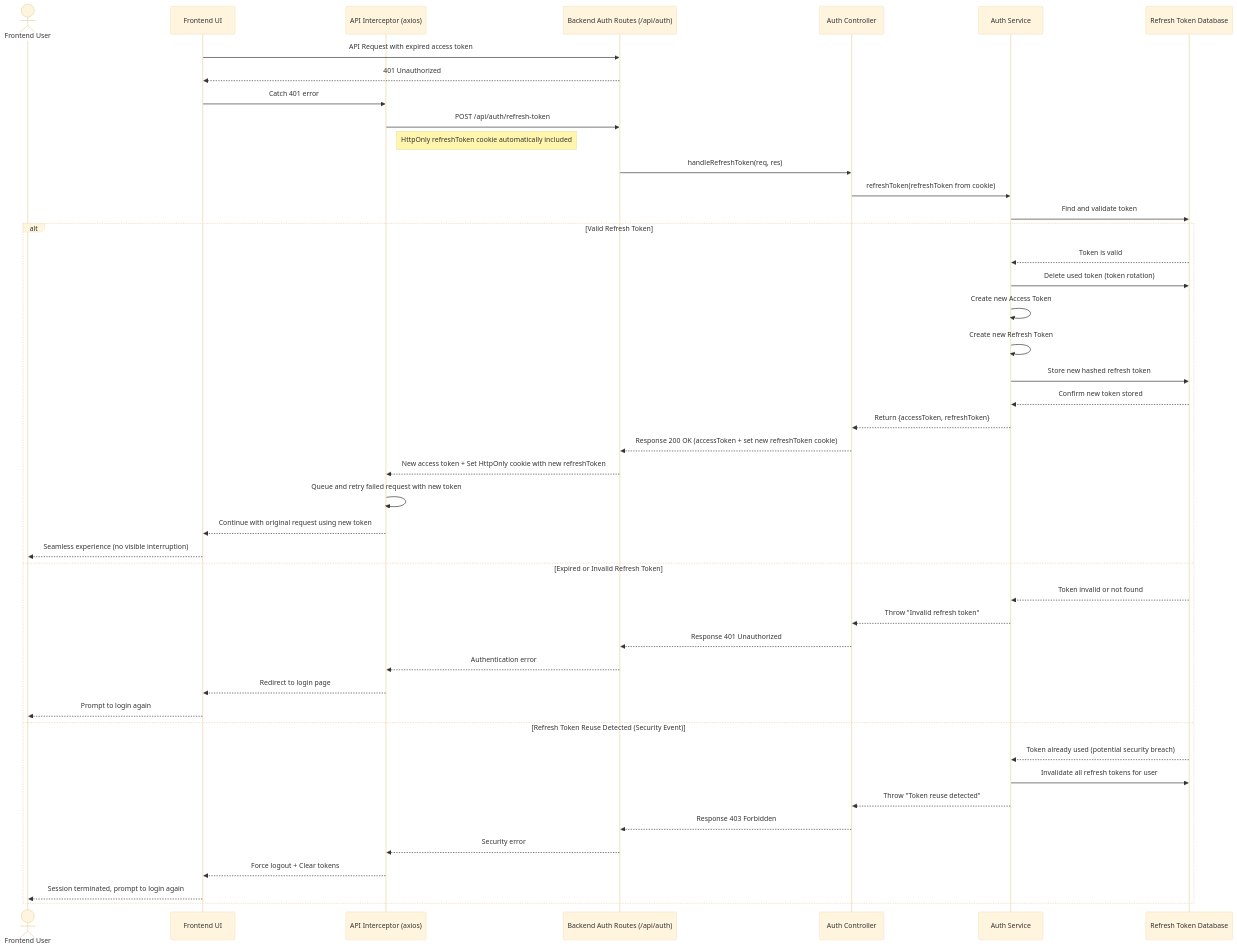
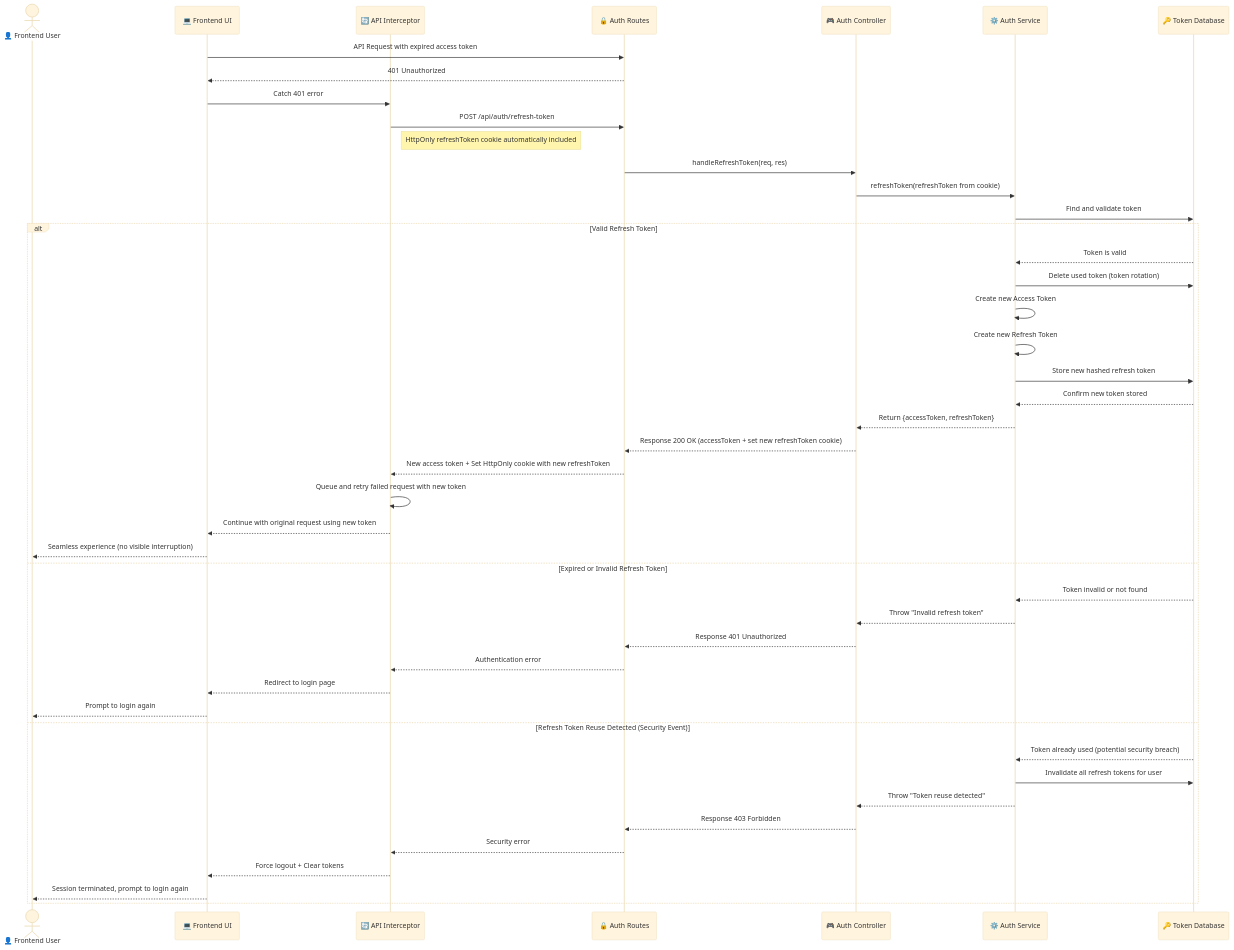
The second of 16 diagrams in backend/docs/flow.md (LoGGGG2402/computer-management-system), drawn with Mermaid (base theme) before and after one commit. The commit also changed other lines of this file and 60 other files, not shown here.

````diff
--- a/backend/docs/flow.md
+++ b/backend/docs/flow.md
@@ -69,52 +42,52 @@
 ```mermaid
 sequenceDiagram
-    actor FrontendUser as Frontend User
-    participant FE as Frontend UI
-    participant APIInterceptor as API Interceptor (axios)
-    participant BE_AuthRoutes as Backend Auth Routes (/api/auth)
-    participant AuthController as Auth Controller
-    participant AuthService as Auth Service
-    participant RefreshTokenDB as Refresh Token Database
+    actor FrontendUser as 👤 Frontend User
+    participant FE as 💻 Frontend UI
+    participant APIInterceptor as 🔄 API Interceptor
+    participant BE_AuthRoutes as 🔒 Auth Routes
+    participant AuthController as 🎮 Auth Controller
+    participant AuthService as ⚙️ Auth Service
+    participant RefreshTokenDB as 🔑 Token Database
 
     %% Access token expired scenario
     FE->>BE_AuthRoutes: API Request with expired access token
     BE_AuthRoutes-->>FE: 401 Unauthorized
-    
+
     %% Automatic token refresh
     FE->>APIInterceptor: Catch 401 error
     APIInterceptor->>BE_AuthRoutes: POST /api/auth/refresh-token
     note right of APIInterceptor: HttpOnly refreshToken cookie automatically included
     BE_AuthRoutes->>AuthController: handleRefreshToken(req, res)
     AuthController->>AuthService: refreshToken(refreshToken from cookie)
     AuthService->>RefreshTokenDB: Find and validate token
-    
+
     alt Valid Refresh Token
         RefreshTokenDB-->>AuthService: Token is valid
         AuthService->>RefreshTokenDB: Delete used token (token rotation)
         AuthService->>AuthService: Create new Access Token
         AuthService->>AuthService: Create new Refresh Token
         AuthService->>RefreshTokenDB: Store new hashed refresh token
         RefreshTokenDB-->>AuthService: Confirm new token stored
         AuthService-->>AuthController: Return {accessToken, refreshToken}
         AuthController-->>BE_AuthRoutes: Response 200 OK (accessToken + set new refreshToken cookie)
         BE_AuthRoutes-->>APIInterceptor: New access token + Set HttpOnly cookie with new refreshToken
         APIInterceptor->>APIInterceptor: Queue and retry failed request with new token
         APIInterceptor-->>FE: Continue with original request using new token
         FE-->>FrontendUser: Seamless experience (no visible interruption)
     else Expired or Invalid Refresh Token
         RefreshTokenDB-->>AuthService: Token invalid or not found
         AuthService-->>AuthController: Throw "Invalid refresh token"
         AuthController-->>BE_AuthRoutes: Response 401 Unauthorized
         BE_AuthRoutes-->>APIInterceptor: Authentication error
         APIInterceptor-->>FE: Redirect to login page
         FE-->>FrontendUser: Prompt to login again
     else Refresh Token Reuse Detected (Security Event)
         RefreshTokenDB-->>AuthService: Token already used (potential security breach)
         AuthService->>RefreshTokenDB: Invalidate all refresh tokens for user
         AuthService-->>AuthController: Throw "Token reuse detected"
         AuthController-->>BE_AuthRoutes: Response 403 Forbidden
         BE_AuthRoutes-->>APIInterceptor: Security error
         APIInterceptor-->>FE: Force logout + Clear tokens
         FE-->>FrontendUser: Session terminated, prompt to login again
     end
 ```
````
